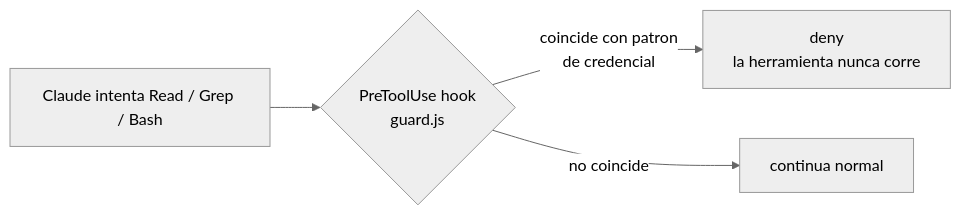
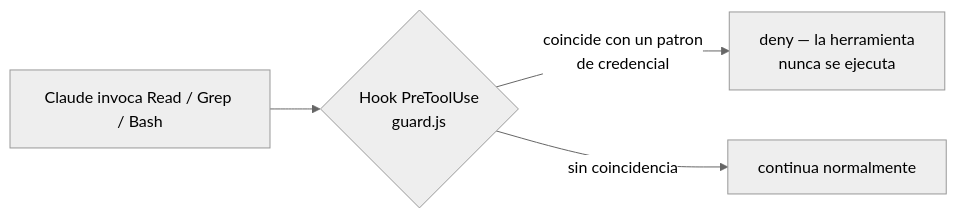
One commit to DanielWueno/credential-read-guard changed the diagram in README.md. Above: the diagram before and after it, drawn with Mermaid (neutral theme). The commit also changed other lines of this file, not shown here.

````diff
--- a/README.md
+++ b/README.md
@@ -18,6 +23,6 @@
 ```mermaid
 flowchart LR
-    A[Claude intenta Read / Grep / Bash] --> B{PreToolUse hook<br/>guard.js}
-    B -->|coincide con patron<br/>de credencial| C[deny<br/>la herramienta nunca corre]
-    B -->|no coincide| D[continua normal]
+    A[Claude invoca Read / Grep / Bash] --> B{Hook PreToolUse<br/>guard.js}
+    B -->|coincide con un patron<br/>de credencial| C[deny — la herramienta<br/>nunca se ejecuta]
+    B -->|sin coincidencia| D[continua normalmente]
 ```
````
